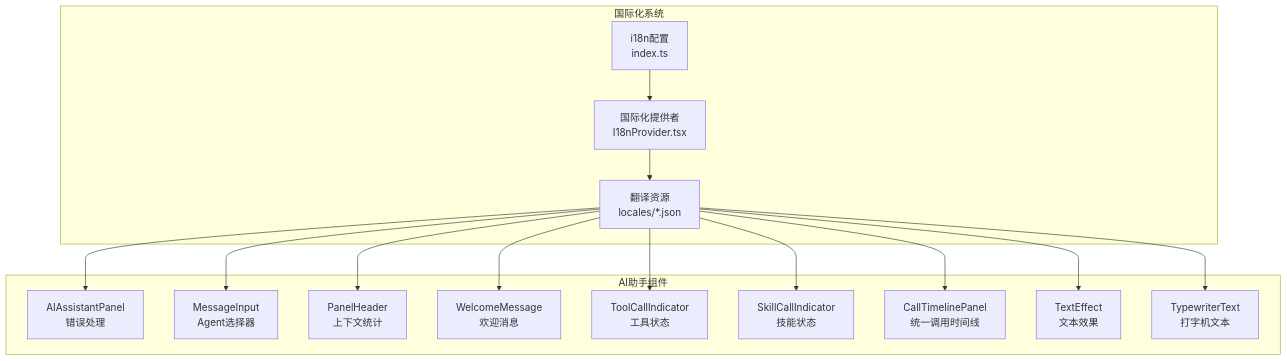
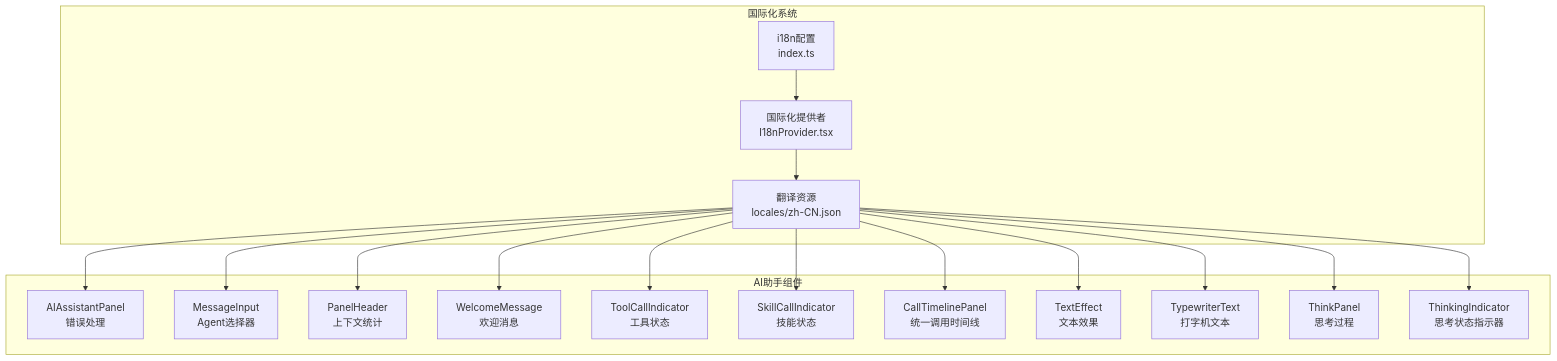
Diagram 15 of 16 in .qoder/repowiki/zh/content/系统架构/前端架构/组件架构/AI助手组件/AI助手组件.md (KunLabAI/KunFlix), drawn with Mermaid before and after one commit. The commit also changed other lines of this file and 14 other files, not shown here.

````diff
--- a/.qoder/repowiki/zh/content/系统架构/前端架构/组件架构/AI助手组件/AI助手组件.md
+++ b/.qoder/repowiki/zh/content/系统架构/前端架构/组件架构/AI助手组件/AI助手组件.md
@@ -703,30 +693,34 @@
 ```mermaid
 graph TB
 subgraph "国际化系统"
 A["i18n配置<br/>index.ts"]
 B["国际化提供者<br/>I18nProvider.tsx"]
-C["翻译资源<br/>locales/*.json"]
+C["翻译资源<br/>locales/zh-CN.json"]
 end
 subgraph "AI助手组件"
 D["AIAssistantPanel<br/>错误处理"]
 E["MessageInput<br/>Agent选择器"]
 F["PanelHeader<br/>上下文统计"]
 G["WelcomeMessage<br/>欢迎消息"]
 H["ToolCallIndicator<br/>工具状态"]
 I["SkillCallIndicator<br/>技能状态"]
 J["CallTimelinePanel<br/>统一调用时间线"]
 K["TextEffect<br/>文本效果"]
 L["TypewriterText<br/>打字机文本"]
+M["ThinkPanel<br/>思考过程"]
+N["ThinkingIndicator<br/>思考状态指示器"]
 end
 A --> B
 B --> C
 C --> D
 C --> E
 C --> F
 C --> G
 C --> H
 C --> I
 C --> J
 C --> K
 C --> L
+C --> M
+C --> N
 ```
````
